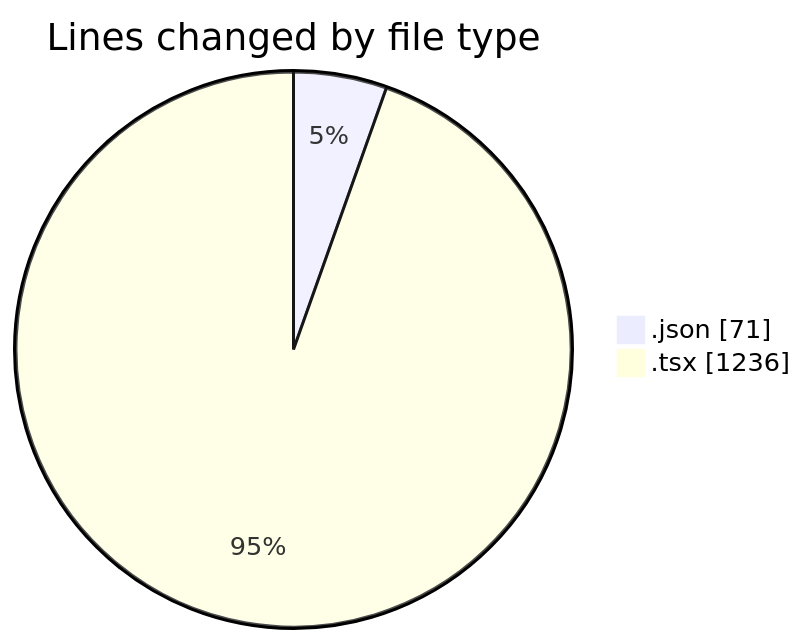
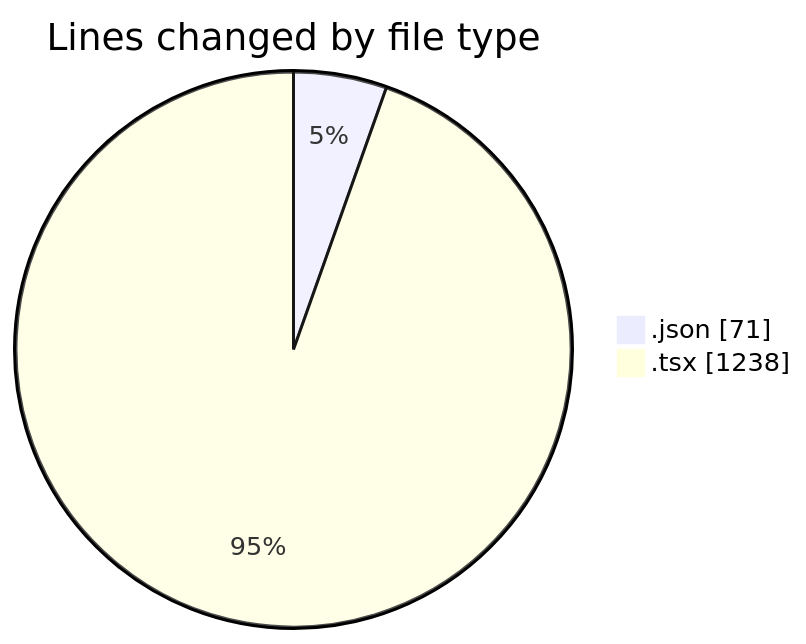
Before and after one commit to momahboobian/code-tracking: the first of 2 diagrams in 2026-01-29/cda/README.md, drawn with Mermaid. The commit also changed other lines of this file and 1 other file, not shown here.

````diff
--- a/2026-01-29/cda/README.md
+++ b/2026-01-29/cda/README.md
@@ -21,6 +21,6 @@
 ```mermaid
 pie showData
 title Lines changed by file type
 ".json" : 71
-".tsx" : 1236
+".tsx" : 1238
 ```
````
